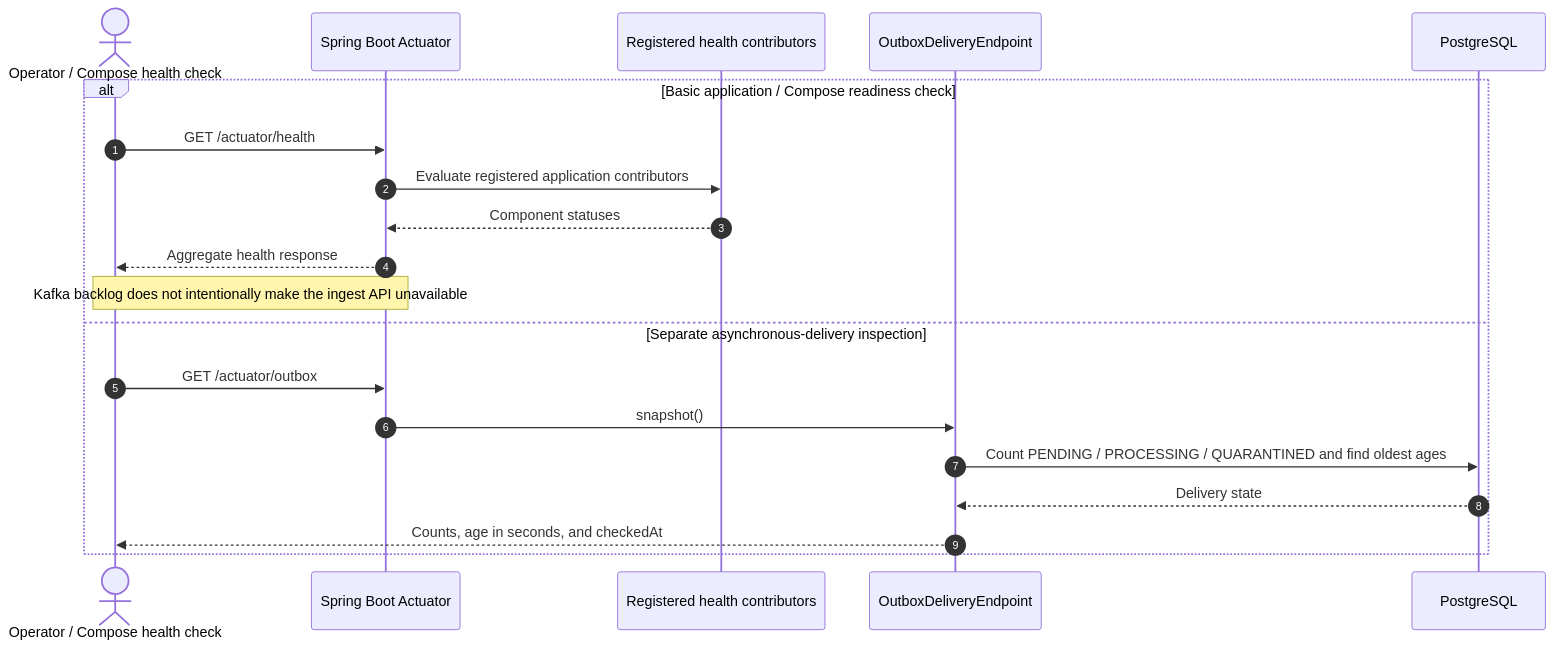
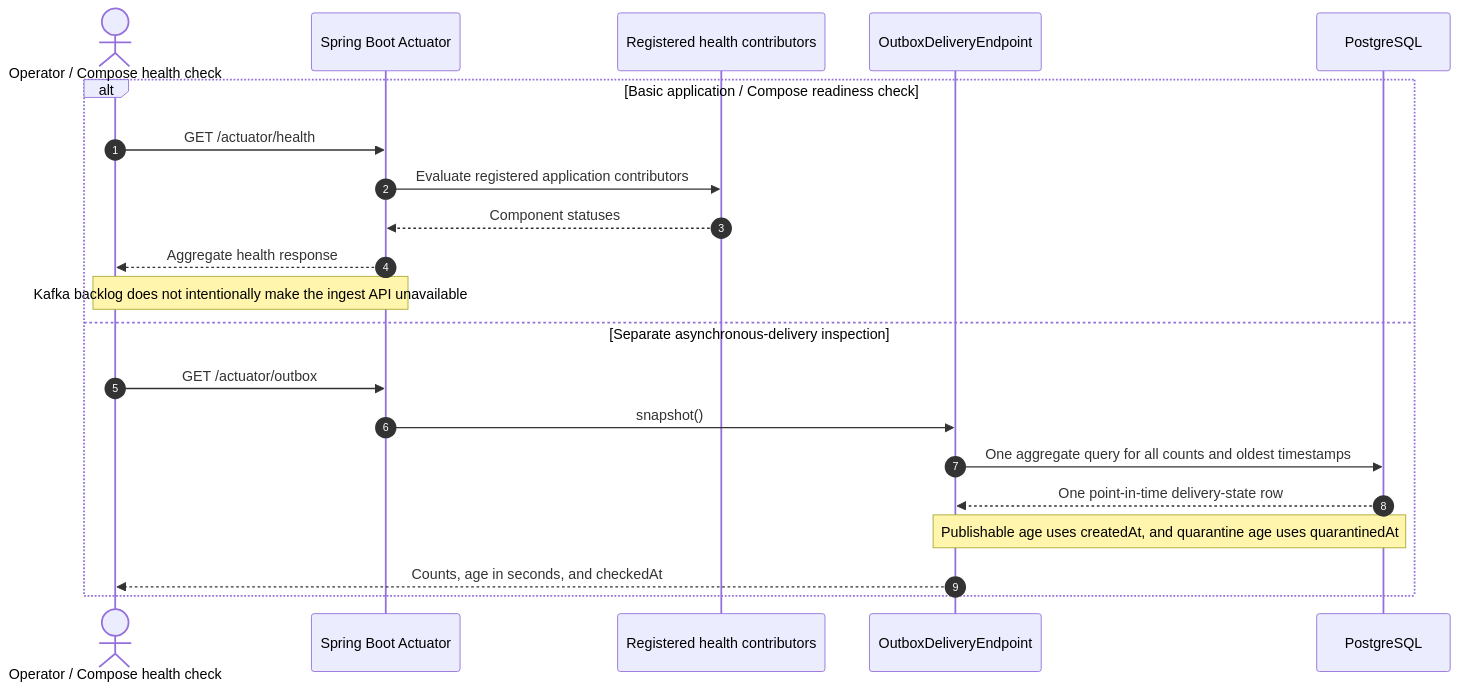
Before and after one commit to tarunngusain08/transaction-outbox-service: the ninth of 19 diagrams in docs/sequence-diagrams.md, drawn with Mermaid. The commit also changed other lines of this file and 7 other files, not shown here.

````diff
--- a/docs/sequence-diagrams.md
+++ b/docs/sequence-diagrams.md
@@ -302,23 +327,24 @@
 ```mermaid
 sequenceDiagram
     autonumber
     actor Probe as Operator / Compose health check
     participant Actuator as Spring Boot Actuator
     participant Indicators as Registered health contributors
     participant Outbox as OutboxDeliveryEndpoint
     participant DB as PostgreSQL
 
     alt Basic application / Compose readiness check
         Probe->>Actuator: GET /actuator/health
         Actuator->>Indicators: Evaluate registered application contributors
         Indicators-->>Actuator: Component statuses
         Actuator-->>Probe: Aggregate health response
         Note over Probe,Actuator: Kafka backlog does not intentionally make the ingest API unavailable
     else Separate asynchronous-delivery inspection
         Probe->>Actuator: GET /actuator/outbox
         Actuator->>Outbox: snapshot()
-        Outbox->>DB: Count PENDING / PROCESSING / QUARANTINED and find oldest ages
-        DB-->>Outbox: Delivery state
+        Outbox->>DB: One aggregate query for all counts and oldest timestamps
+        DB-->>Outbox: One point-in-time delivery-state row
+        Note over Outbox,DB: Publishable age uses createdAt, and quarantine age uses quarantinedAt
         Outbox-->>Probe: Counts, age in seconds, and checkedAt
     end
 ```
````
